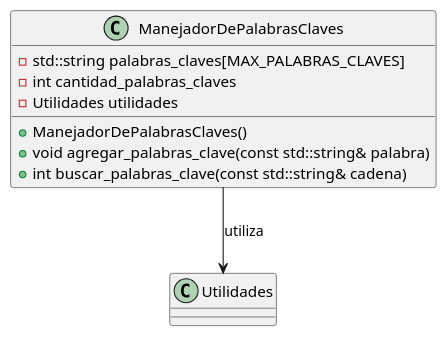
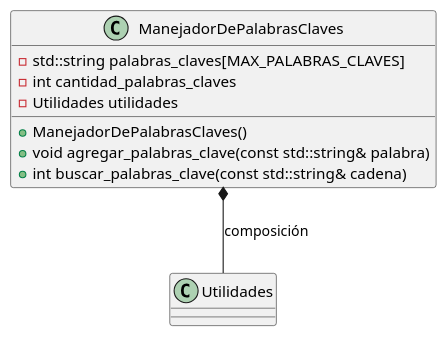
The diagram in Diagramas-UML/ManejadorDePalabrasClaves.puml (guillsil/Transformers-Game), drawn with PlantUML before and after one commit. The commit also changed 8 other files, not shown here.

```diff
--- a/Diagramas-UML/ManejadorDePalabrasClaves.puml
+++ b/Diagramas-UML/ManejadorDePalabrasClaves.puml
@@ -1,19 +1,19 @@
 @startuml
 'https://plantuml.com/class-diagram
 
 class Utilidades
 
 class ManejadorDePalabrasClaves {
     - std::string palabras_claves[MAX_PALABRAS_CLAVES]
     - int cantidad_palabras_claves
     - Utilidades utilidades
 
     + ManejadorDePalabrasClaves()
     + void agregar_palabras_clave(const std::string& palabra)
     + int buscar_palabras_clave(const std::string& cadena)
 }
 
 ' Relaciones
-ManejadorDePalabrasClaves --> Utilidades : "utiliza"
+ManejadorDePalabrasClaves *-- Utilidades : "composición"
 
 @enduml
```
